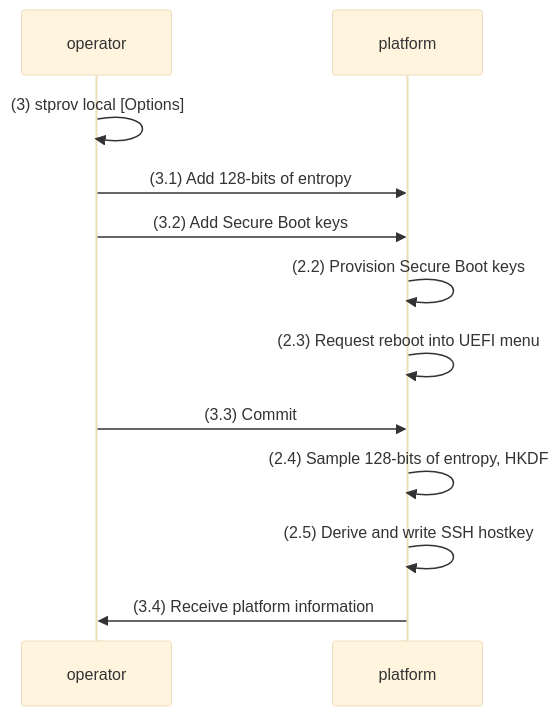
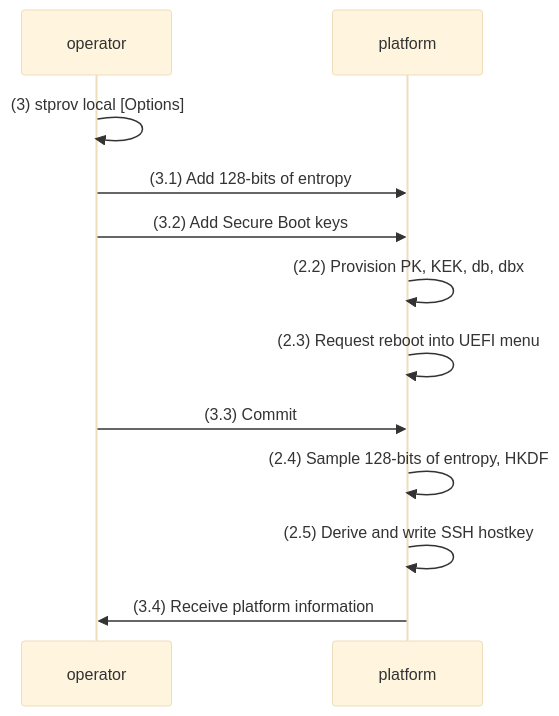
Before and after one commit to system-transparency/stprov: the fourth of 5 diagrams in docs/stprov-system.md, drawn with Mermaid (base theme).

Commit message:
refactor: Say PK,KEK,db,dbx in diagram

````diff
--- a/docs/stprov-system.md
+++ b/docs/stprov-system.md
@@ -164,18 +164,18 @@
 ```mermaid
 sequenceDiagram
 
 participant operator
 participant platform
 
 operator->>operator: (3) stprov local [Options]
 operator->>platform: (3.1) Add 128-bits of entropy
 operator->>platform: (3.2) Add Secure Boot keys
-platform->>platform: (2.2) Provision Secure Boot keys
+platform->>platform: (2.2) Provision PK, KEK, db, dbx
 platform->>platform: (2.3) Request reboot into UEFI menu
 operator->>platform: (3.3) Commit
 
 platform->>platform: (2.4) Sample 128-bits of entropy, HKDF
 platform->>platform: (2.5) Derive and write SSH hostkey
 
 platform->>operator: (3.4) Receive platform information
 ```
````
